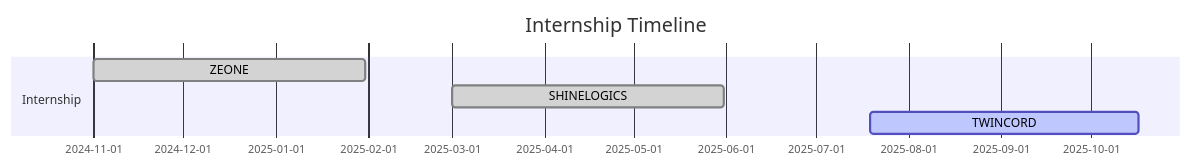
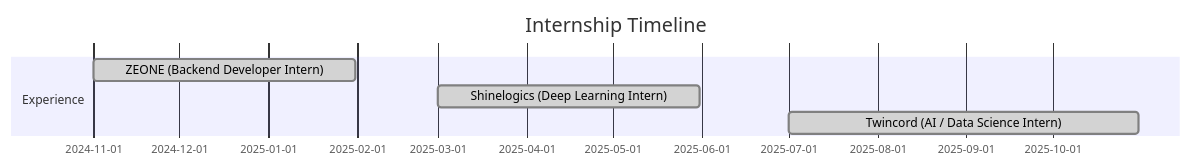
The diagram in README.md (vijayakanth06/my_portfolio), drawn with Mermaid before and after one commit. The commit also changed other lines of this file, not shown here.

````diff
--- a/README.md
+++ b/README.md
@@ -86,10 +99,10 @@
 ```mermaid
 gantt
     dateFormat  YYYY-MM-DD
     title Internship Timeline
 
-    section Internship
-    ZEONE            :done,  des1, 2024-11-01, 2025-01-31
-    SHINELOGICS      :done,  des2, 2025-03-01, 2025-05-31
-    TWINCORD         :active, des3, 2025-07-19, 2025-10-17
+    section Experience
+    ZEONE (Backend Developer Intern)          :done, des1, 2024-11-01, 2025-01-31
+    Shinelogics (Deep Learning Intern)        :done, des2, 2025-03-01, 2025-05-31
+    Twincord (AI / Data Science Intern)       :done, des3, 2025-07-01, 2025-10-31
 ```
````
